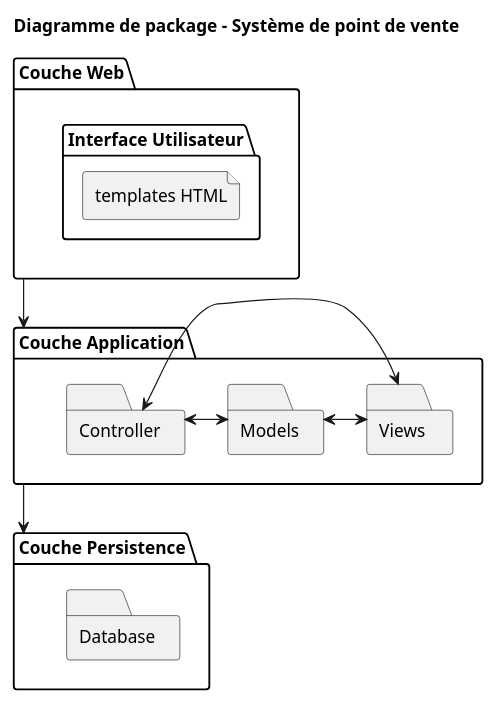
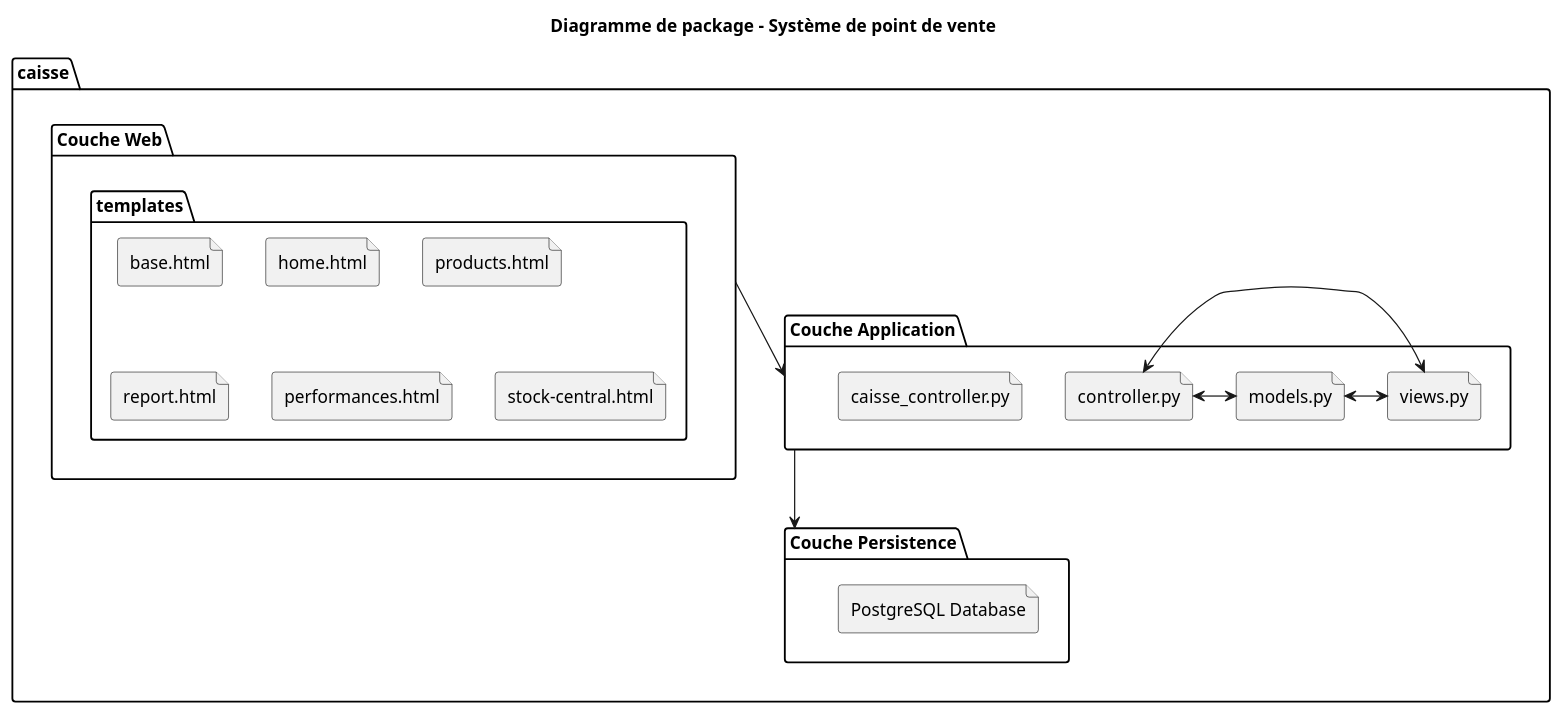
The diagram in docs/diagrams/package_diagram.puml (LojanArunasalam/LOG430-Lab2), drawn with PlantUML before and after one commit. The commit also changed 6 other files, not shown here.

```diff
--- a/docs/diagrams/package_diagram.puml
+++ b/docs/diagrams/package_diagram.puml
@@ -1,29 +1,40 @@
 @startuml
 hide circle
 hide members
 top to bottom direction
-title Diagramme de package - Système de point de vente 
+title Diagramme de package - Système de point de vente
 
-package "Couche Web" {
-    folder "Interface Utilisateur" { 
-        file "templates HTML"
+
+package caisse {
+
+    package "Couche Web" {
+        folder templates {
+            file "base.html"
+            file "home.html"
+            file "products.html"
+            file "report.html"
+            file "performances.html"
+            file "stock-central.html"
+        }
+    }
+
+    package "Couche Application" {
+        file "views.py"
+        file "controller.py"
+        file "models.py"
+        file "caisse_controller.py"
+    }
+
+    package "Couche Persistence" {
+        file "PostgreSQL Database"
     }
 }
 
-package "Couche Application" {
-    folder "Controller"
-    folder "Views"
-    folder "Models"
-}
 
-package "Couche Persistence" {
-    folder "Database"
-}
-
-Controller <-> Views
-Controller <-> Models 
-Models <-> Views
+"controller.py" <-> "views.py"
+"controller.py" <-> "models.py"
+"models.py" <-> "views.py"
 
 "Couche Web" --> "Couche Application"
 "Couche Application" --> "Couche Persistence"
 @enduml
```
